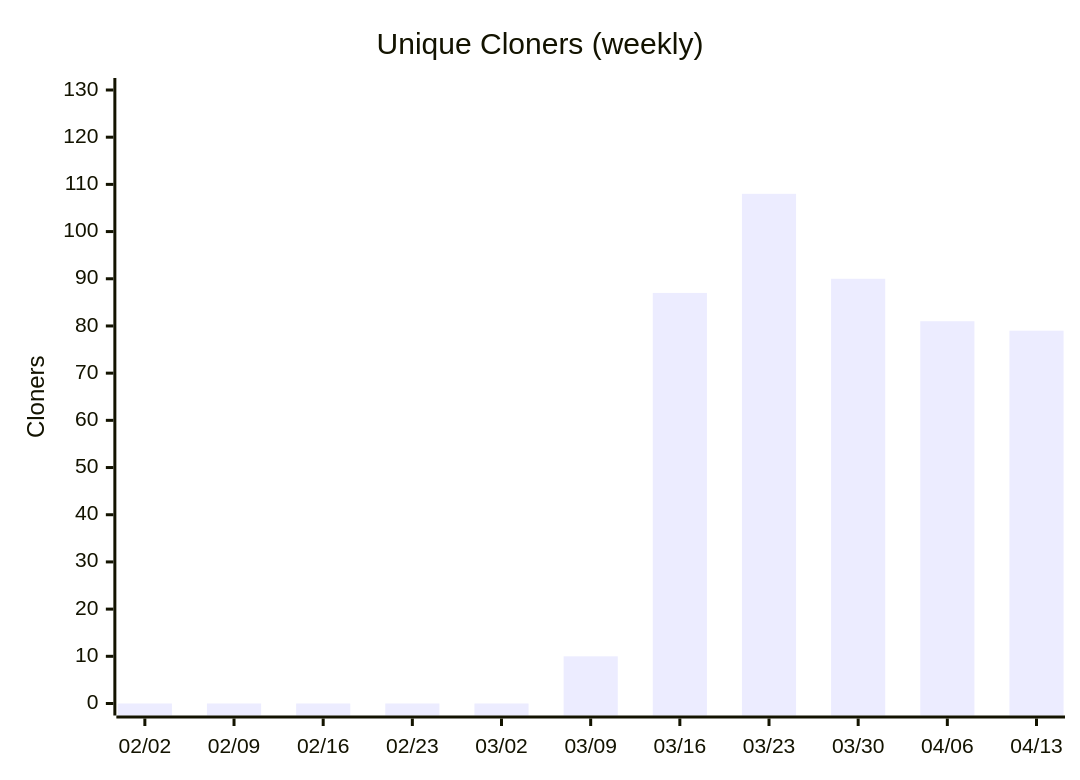
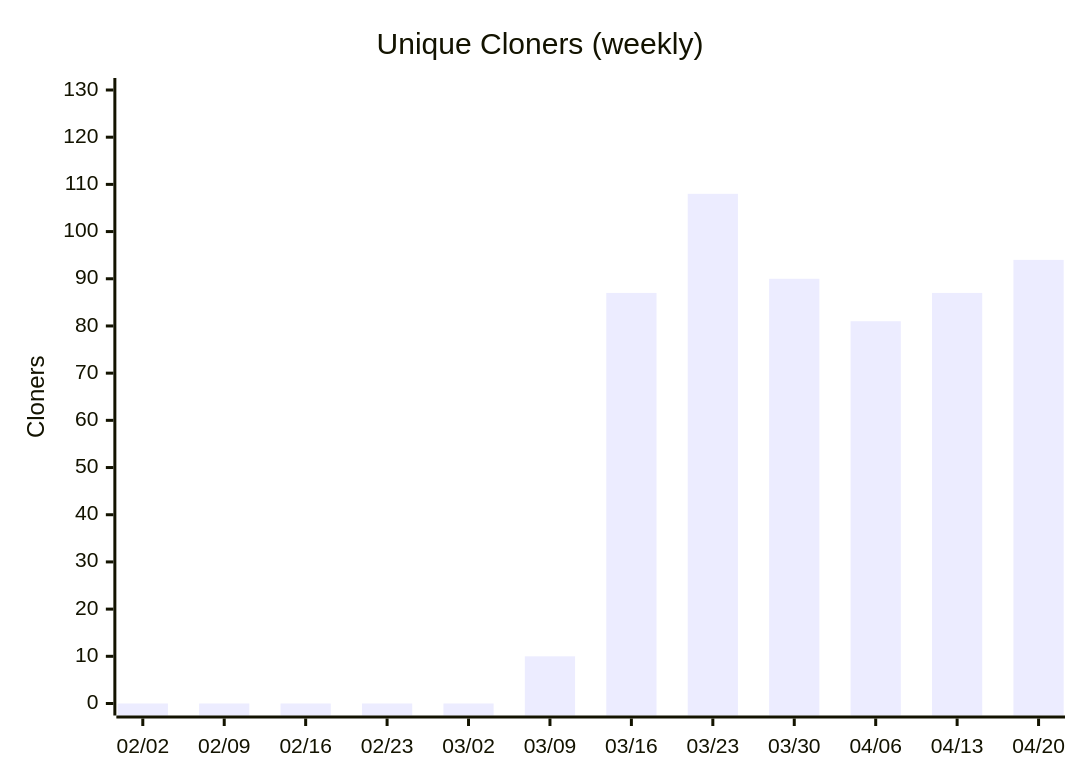
Diagram 14 of 14 in docs/metrics.md (nablarch/nabledge-dev), drawn with Mermaid before and after one commit. The commit also changed other lines of this file and 2 other files, not shown here.

````diff
--- a/docs/metrics.md
+++ b/docs/metrics.md
@@ -173,7 +173,7 @@
 ```mermaid
 xychart-beta
   title "Unique Cloners (weekly)"
-  x-axis ["02/02", "02/09", "02/16", "02/23", "03/02", "03/09", "03/16", "03/23", "03/30", "04/06", "04/13"]
+  x-axis ["02/02", "02/09", "02/16", "02/23", "03/02", "03/09", "03/16", "03/23", "03/30", "04/06", "04/13", "04/20"]
   y-axis "Cloners" 0 --> 130
-  bar [0, 0, 0, 0, 0, 10, 87, 108, 90, 81, 79]
+  bar [0, 0, 0, 0, 0, 10, 87, 108, 90, 81, 87, 94]
 ```
````
